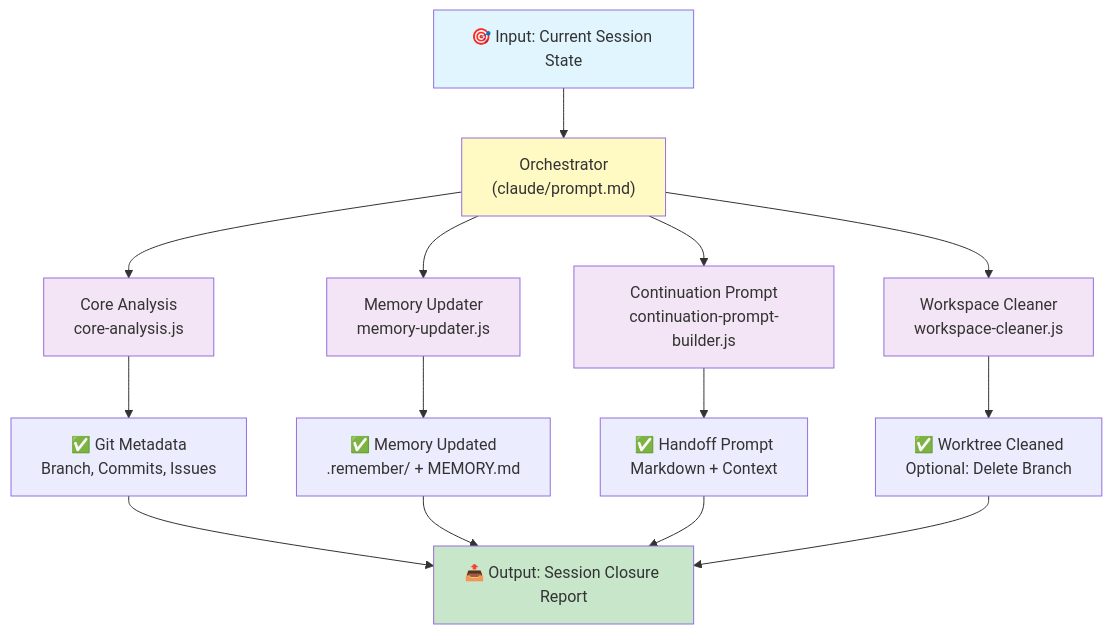
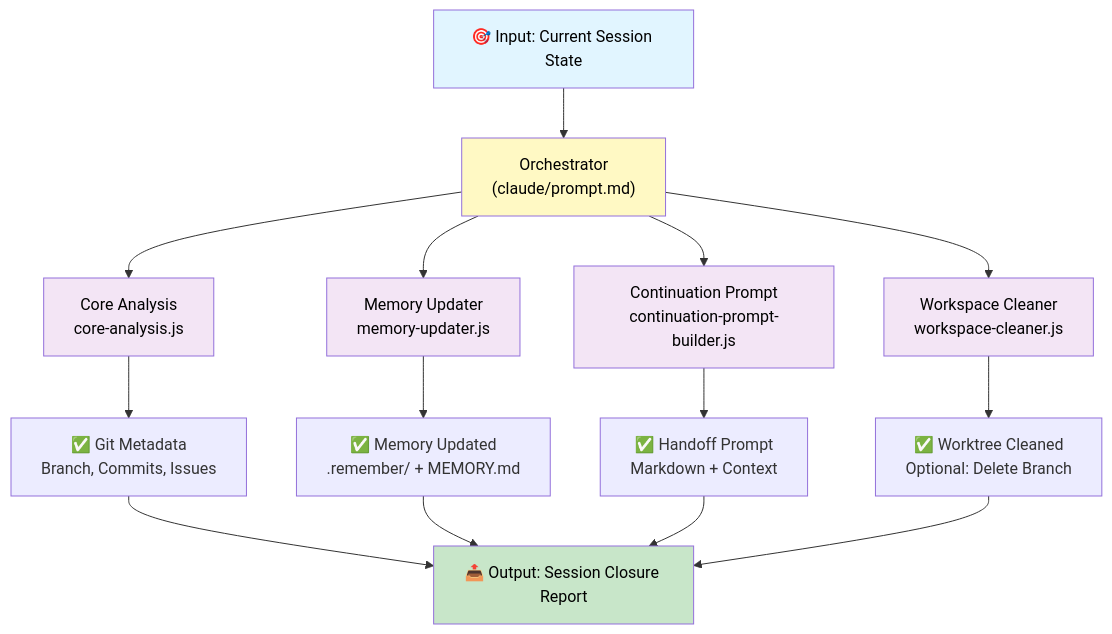
One commit to lightspeedwp/.github changed the first of 6 diagrams in agents/chat-closure-agent/docs/ARCHITECTURE.md. Above: the diagram before and after it, drawn with Mermaid. The commit also changed other lines of this file, not shown here.

First line of the commit message:
fix: Mermaid diagram color contrast for WCAG 2.2 AA compliance

````diff
--- a/agents/chat-closure-agent/docs/ARCHITECTURE.md
+++ b/agents/chat-closure-agent/docs/ARCHITECTURE.md
@@ -16,27 +16,27 @@
 ```mermaid
 graph TB
     Input["🎯 Input: Current Session State"] --> Orchestrator["Orchestrator<br/>(claude/prompt.md)"]
     
     Orchestrator --> CA["Core Analysis<br/>core-analysis.js"]
     Orchestrator --> MU["Memory Updater<br/>memory-updater.js"]
     Orchestrator --> CPB["Continuation Prompt<br/>continuation-prompt-builder.js"]
     Orchestrator --> WC["Workspace Cleaner<br/>workspace-cleaner.js"]
     
     CA --> CAOut["✅ Git Metadata<br/>Branch, Commits, Issues"]
     MU --> MUOut["✅ Memory Updated<br/>.remember/ + MEMORY.md"]
     CPB --> CPBOut["✅ Handoff Prompt<br/>Markdown + Context"]
     WC --> WCOut["✅ Worktree Cleaned<br/>Optional: Delete Branch"]
     
     CAOut --> Output["📤 Output: Session Closure Report"]
     MUOut --> Output
     CPBOut --> Output
     WCOut --> Output
     
-    style Input fill:#e1f5ff
-    style Output fill:#c8e6c9
-    style Orchestrator fill:#fff9c4
-    style CA fill:#f3e5f5
-    style MU fill:#f3e5f5
-    style CPB fill:#f3e5f5
-    style WC fill:#f3e5f5
+    style Input fill:#e1f5ff,color:#000
+    style Output fill:#c8e6c9,color:#000
+    style Orchestrator fill:#fff9c4,color:#000
+    style CA fill:#f3e5f5,color:#000
+    style MU fill:#f3e5f5,color:#000
+    style CPB fill:#f3e5f5,color:#000
+    style WC fill:#f3e5f5,color:#000
 ```
````
